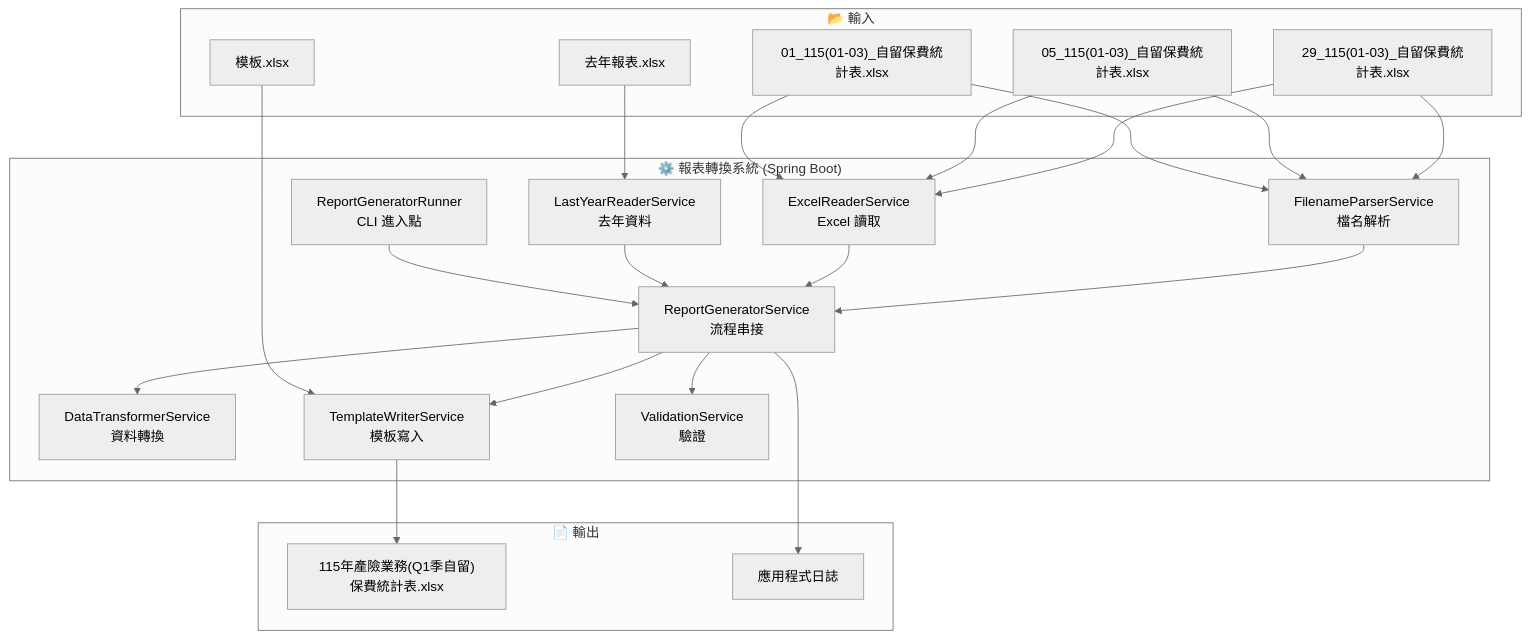
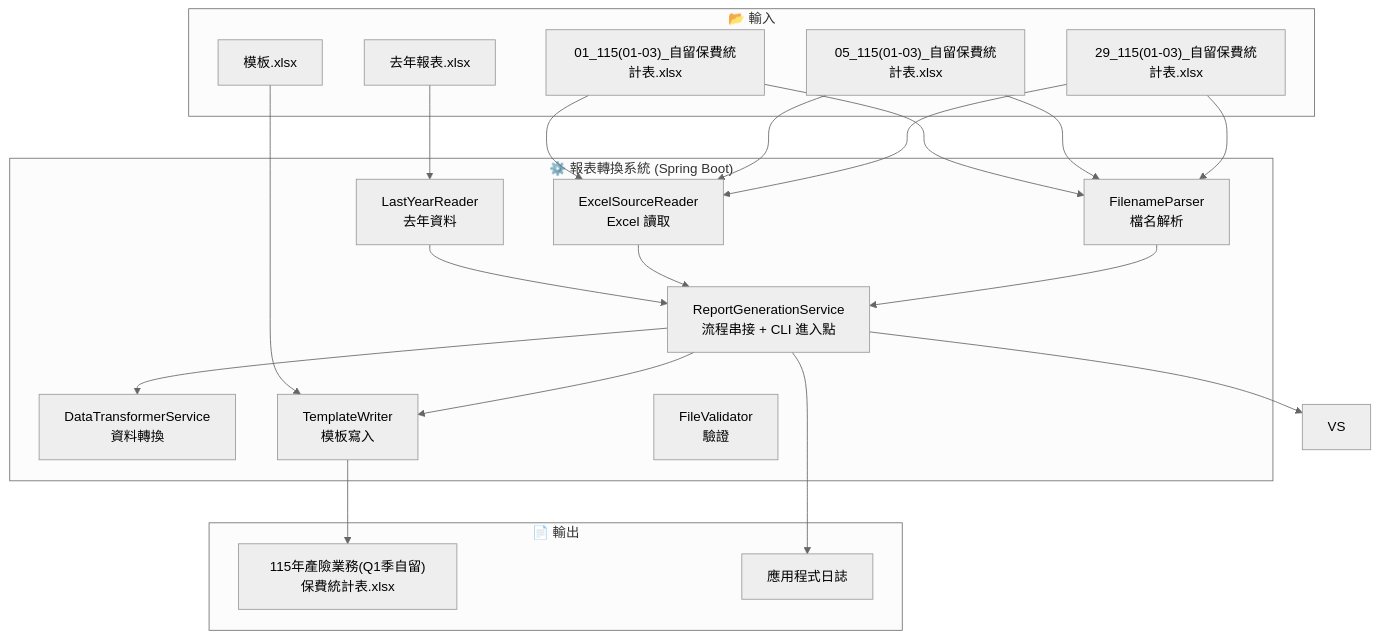
One commit to seawaterfoods/retained-premium-report-transformer changed the first of 2 diagrams in docs/04-系統架構圖.md. Above: the diagram before and after it, drawn with Mermaid (neutral theme). The commit also changed other lines of this file and 74 other files, not shown here.

First line of the commit message:
refactor: migrate to Maven and restructure to match premium-report-automation architecture

````diff
--- a/docs/04-系統架構圖.md
+++ b/docs/04-系統架構圖.md
@@ -9,44 +9,42 @@
 ```mermaid
 graph TB
     subgraph Input["📂 輸入"]
         SRC1["29_115(01-03)_自留保費統計表.xlsx"]
         SRC2["05_115(01-03)_自留保費統計表.xlsx"]
         SRC3["01_115(01-03)_自留保費統計表.xlsx"]
         TMPL["模板.xlsx"]
         LAST["去年報表.xlsx"]
     end
 
     subgraph App["⚙️ 報表轉換系統 (Spring Boot)"]
-        RUNNER["ReportGeneratorRunner<br/>CLI 進入點"]
-        GEN["ReportGeneratorService<br/>流程串接"]
-        FP["FilenameParserService<br/>檔名解析"]
-        ER["ExcelReaderService<br/>Excel 讀取"]
+        GEN["ReportGenerationService<br/>流程串接 + CLI 進入點"]
+        FP["FilenameParser<br/>檔名解析"]
+        ER["ExcelSourceReader<br/>Excel 讀取"]
         DT["DataTransformerService<br/>資料轉換"]
-        TW["TemplateWriterService<br/>模板寫入"]
-        LY["LastYearReaderService<br/>去年資料"]
-        VS["ValidationService<br/>驗證"]
+        TW["TemplateWriter<br/>模板寫入"]
+        LY["LastYearReader<br/>去年資料"]
+        FV["FileValidator<br/>驗證"]
     end
 
     subgraph Output["📄 輸出"]
         OUT["115年產險業務(Q1季自留)保費統計表.xlsx"]
         LOG["應用程式日誌"]
     end
 
     SRC1 --> FP
     SRC2 --> FP
     SRC3 --> FP
     FP --> GEN
     SRC1 --> ER
     SRC2 --> ER
     SRC3 --> ER
     ER --> GEN
     GEN --> VS
     GEN --> DT
     LAST --> LY
     LY --> GEN
     GEN --> TW
     TMPL --> TW
     TW --> OUT
     GEN --> LOG
-    RUNNER --> GEN
 ```
````
